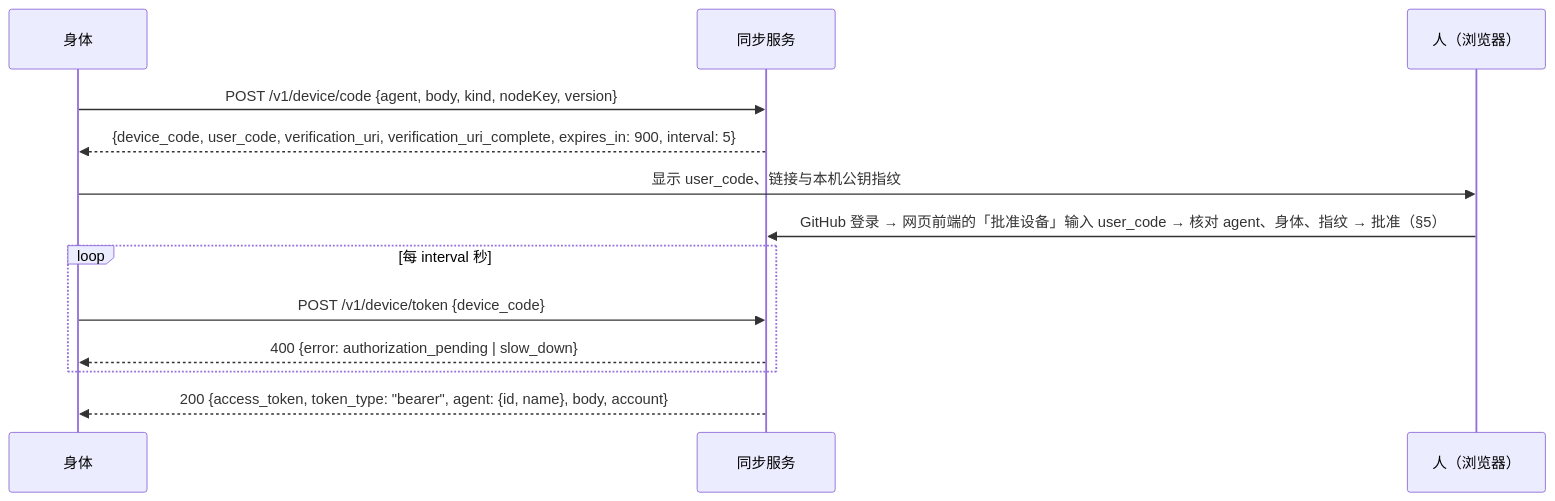
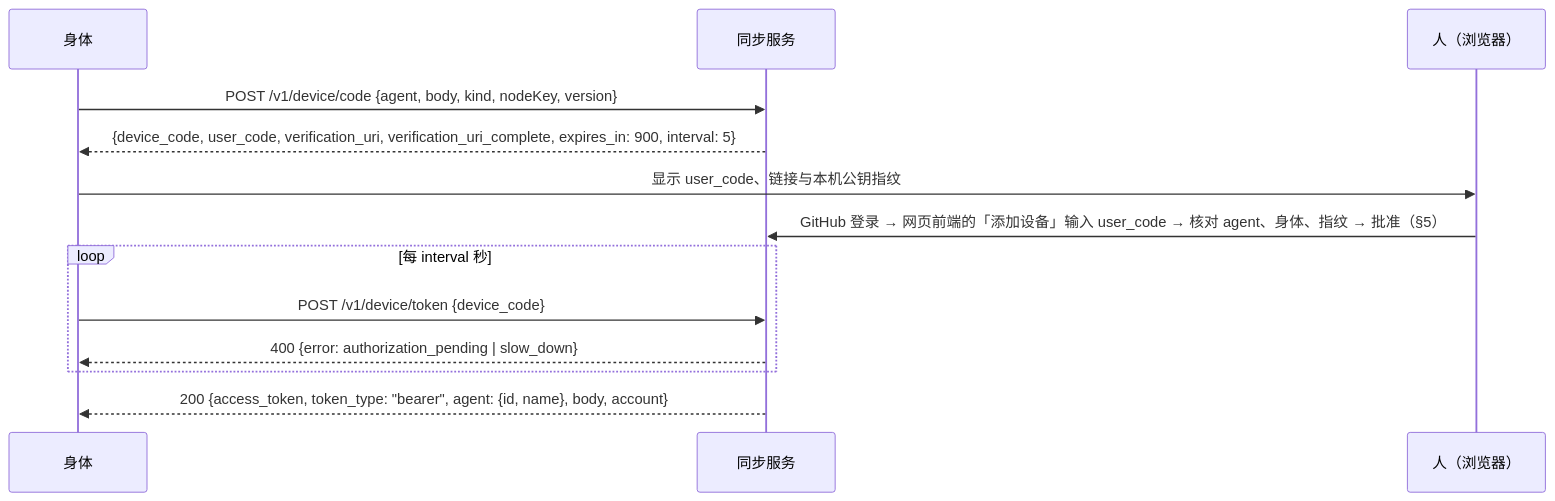
One commit to Causally-XYZ/Project.Quetzal changed the first of 3 diagrams in sync/docs/PROTOCOL.md. Above: the diagram before and after it, drawn with Mermaid. The commit also changed other lines of this file and 10 other files, not shown here.

````diff
--- a/sync/docs/PROTOCOL.md
+++ b/sync/docs/PROTOCOL.md
@@ -15,15 +15,15 @@
 ```mermaid
 sequenceDiagram
   participant B as 身体
   participant S as 同步服务
   participant U as 人（浏览器）
   B->>S: POST /v1/device/code {agent, body, kind, nodeKey, version}
   S-->>B: {device_code, user_code, verification_uri, verification_uri_complete, expires_in: 900, interval: 5}
   B->>U: 显示 user_code、链接与本机公钥指纹
-  U->>S: GitHub 登录 → 网页前端的「批准设备」输入 user_code → 核对 agent、身体、指纹 → 批准（§5）
+  U->>S: GitHub 登录 → 网页前端的「添加设备」输入 user_code → 核对 agent、身体、指纹 → 批准（§5）
   loop 每 interval 秒
     B->>S: POST /v1/device/token {device_code}
     S-->>B: 400 {error: authorization_pending | slow_down}
   end
   S-->>B: 200 {access_token, token_type: "bearer", agent: {id, name}, body, account}
 ```
````
